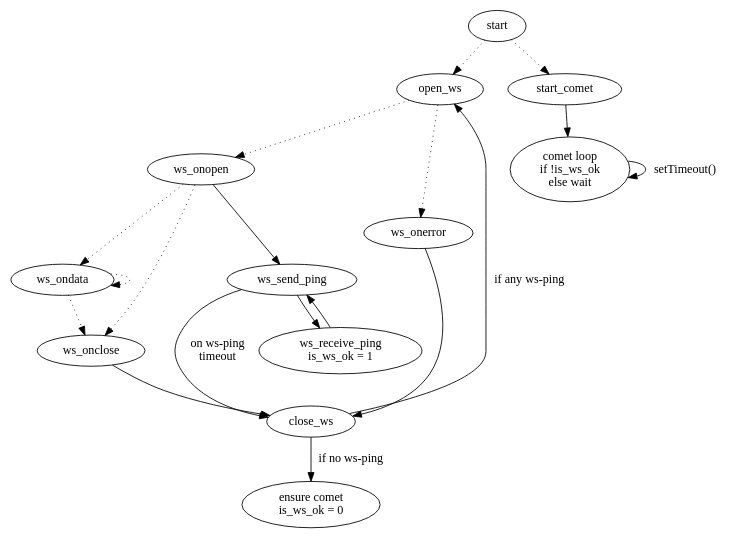
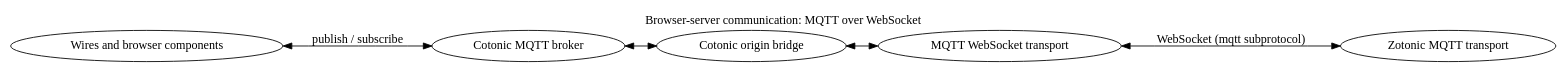
The diagram in doc/technotes/push-connect.dot (zotonic/zotonic), drawn with Graphviz before and after one commit. The commit also changed 6 other files, not shown here.

```diff
--- a/doc/technotes/push-connect.dot
+++ b/doc/technotes/push-connect.dot
@@ -1,35 +1,17 @@
+// Overview of the current browser-server transport, not a connection state machine.
 digraph pushconnect {
-	edge [style=dotted];
+    label="Browser-server communication: MQTT over WebSocket";
+    labelloc=t;
+    rankdir=LR;
 
-	start -> open_ws;
-	start -> start_comet;
+    widgets [label="Wires and browser components"];
+    broker [label="Cotonic MQTT broker"];
+    bridge [label="Cotonic origin bridge"];
+    transport [label="MQTT WebSocket transport"];
+    server [label="Zotonic MQTT transport"];
 
-	open_ws -> ws_onopen;
-	open_ws -> ws_onerror;
-
-	ws_onopen -> ws_ondata;
-	ws_ondata -> ws_ondata;
-
-	ws_onopen -> ws_onclose;
-	ws_ondata -> ws_onclose;
-
-	edge [style=normal];
-	ws_onopen -> ws_send_ping;
-	ws_onerror -> close_ws;
-	ws_onclose -> close_ws;
-
-	close_ws -> open_ws [label="if any ws-ping"];
-	close_ws -> ensure_comet [label="if no ws-ping"];
-
-	ws_send_ping -> close_ws [label="on ws-ping\ntimeout"];
-	ws_send_ping -> ws_receive_ping;
-	ws_receive_ping -> ws_send_ping;
-	ws_receive_ping [label="ws_receive_ping\nis_ws_ok = 1"]
-
-	start_comet -> comet_loop;
-	comet_loop -> comet_loop [label="setTimeout()"];
-
-	comet_loop [label="comet loop\nif !is_ws_ok\nelse wait"]
-
-	ensure_comet [label="ensure comet\nis_ws_ok = 0"];
+    widgets -> broker [dir=both, label="publish / subscribe"];
+    broker -> bridge [dir=both];
+    bridge -> transport [dir=both];
+    transport -> server [dir=both, label="WebSocket (mqtt subprotocol)"];
 }
```
